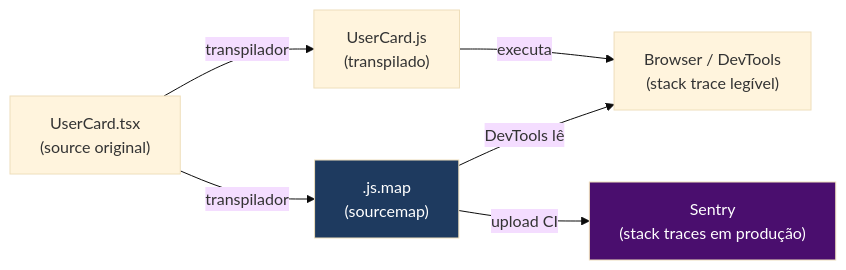
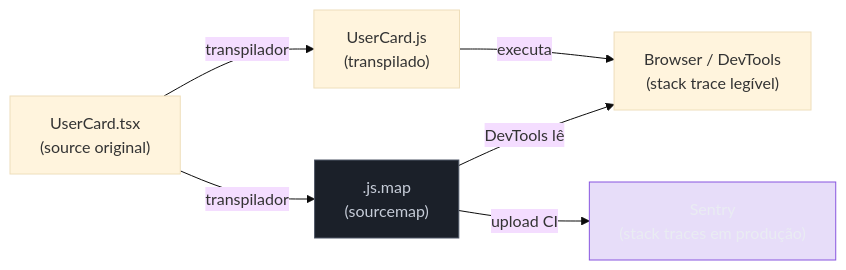
One commit to josenaldo/codex-technomanticus changed the eighth of 8 diagrams in 03-Dominios/Tecnologia/Tooling e Build/08 - Transpilação e targets.md. Above: the diagram before and after it, drawn with Mermaid (base theme). The commit also changed other lines of this file and 1181 other files, not shown here.

First line of the commit message:
fix(diagramas): paleta do sistema no lugar de cor cravada no markdown

````diff
--- a/03-Dominios/Tecnologia/Tooling e Build/08 - Transpilação e targets.md
+++ b/03-Dominios/Tecnologia/Tooling e Build/08 - Transpilação e targets.md
@@ -541,17 +548,19 @@
 ```mermaid
 flowchart LR
+    classDef neutro fill:#1B2029,stroke:#4E5666,color:#C6CCD8
+    classDef marca fill:#8855DF33,stroke:#8855DF,color:#E9ECF2
     TS["UserCard.tsx\n(source original)"]
     JS["UserCard.js\n(transpilado)"]
     MAP[".js.map\n(sourcemap)"]
     BROWSER["Browser / DevTools\n(stack trace legível)"]
     SENTRY["Sentry\n(stack traces em produção)"]
 
     TS -->|"transpilador"| JS
     TS -->|"transpilador"| MAP
     JS -->|"executa"| BROWSER
     MAP -->|"DevTools lê"| BROWSER
     MAP -->|"upload CI"| SENTRY
 
-    style MAP fill:#1e3a5f,color:#fff
-    style SENTRY fill:#4a0e6e,color:#fff
+    class MAP neutro
+    class SENTRY marca
 ```
````
